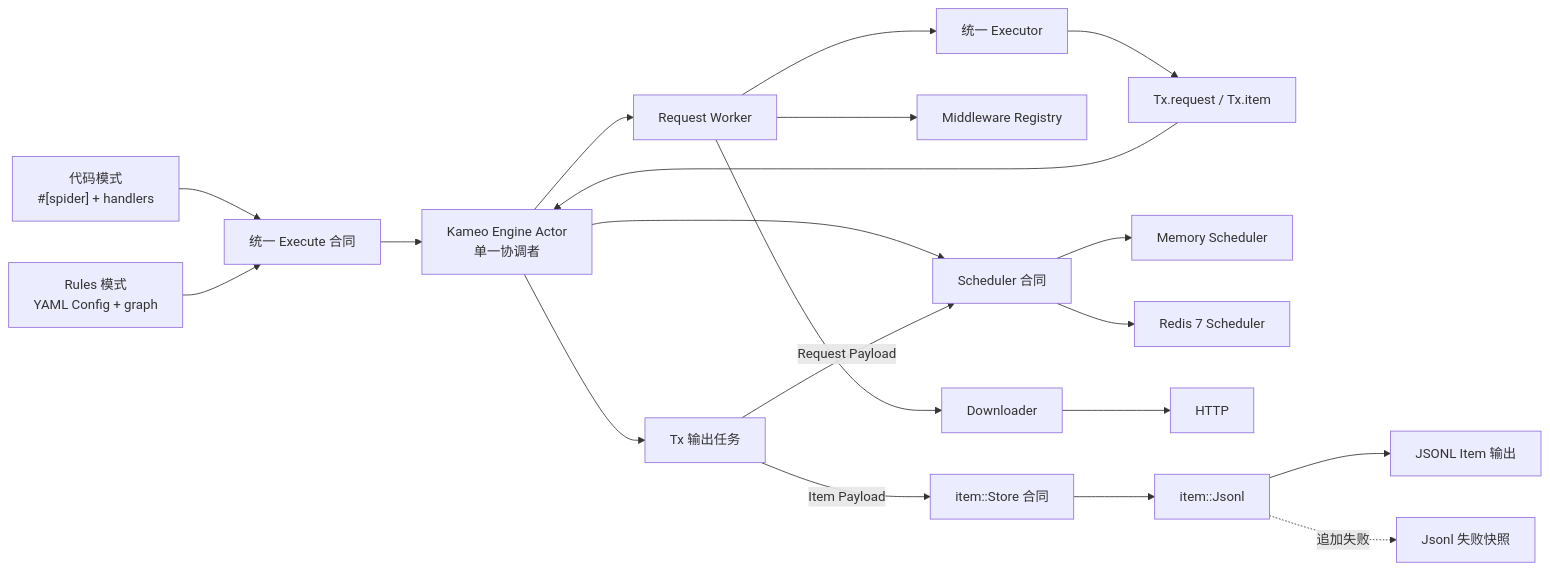
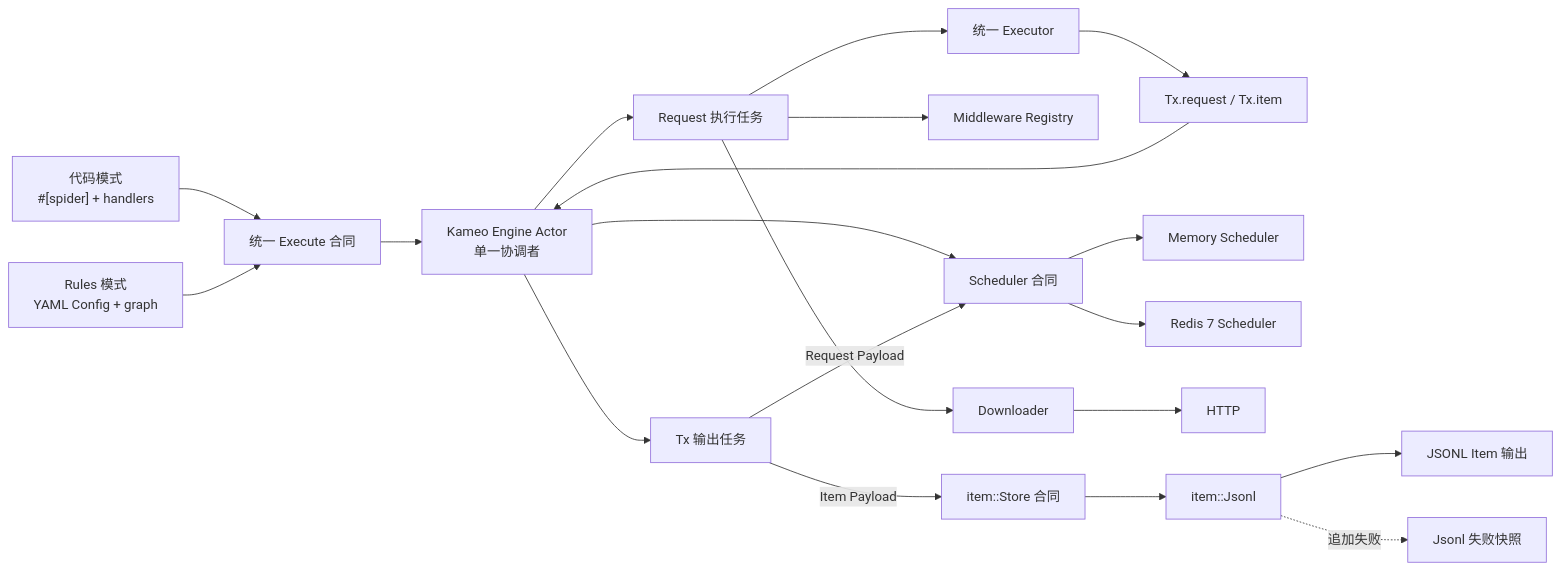
The first of 5 diagrams in docs/architecture.zh-CN.md (halo-space/crawler), drawn with Mermaid before and after one commit. The commit also changed other lines of this file and 104 other files, not shown here.

````diff
--- a/docs/architecture.zh-CN.md
+++ b/docs/architecture.zh-CN.md
@@ -63,41 +66,41 @@
 ```mermaid
 flowchart LR
     C["代码模式<br/>#[spider] + handlers"]
     R["Rules 模式<br/>YAML Config + graph"]
     X["统一 Execute 合同"]
     T["Tx.request / Tx.item"]
     A["Kameo Engine Actor<br/>单一协调者"]
     S["Scheduler 合同"]
     M["Memory Scheduler"]
     Z["Redis 7 Scheduler"]
-    W["Request Worker"]
+    W["Request 执行任务"]
     MW["Middleware Registry"]
     D["Downloader"]
     H["HTTP"]
     E["统一 Executor"]
     O["Tx 输出任务"]
     IS["item::Store 合同"]
     J["item::Jsonl"]
     P["JSONL Item 输出"]
     F["Jsonl 失败快照"]
 
     C --> X
     R --> X
     X --> A
     A --> S
     S --> M
     S --> Z
     A --> W
     W --> MW
     W --> D
     D --> H
     W --> E
     E --> T
     T --> A
     A --> O
     O -->|Request Payload| S
     O -->|Item Payload| IS
     IS --> J
     J --> P
     J -. 追加失败 .-> F
 ```
````
